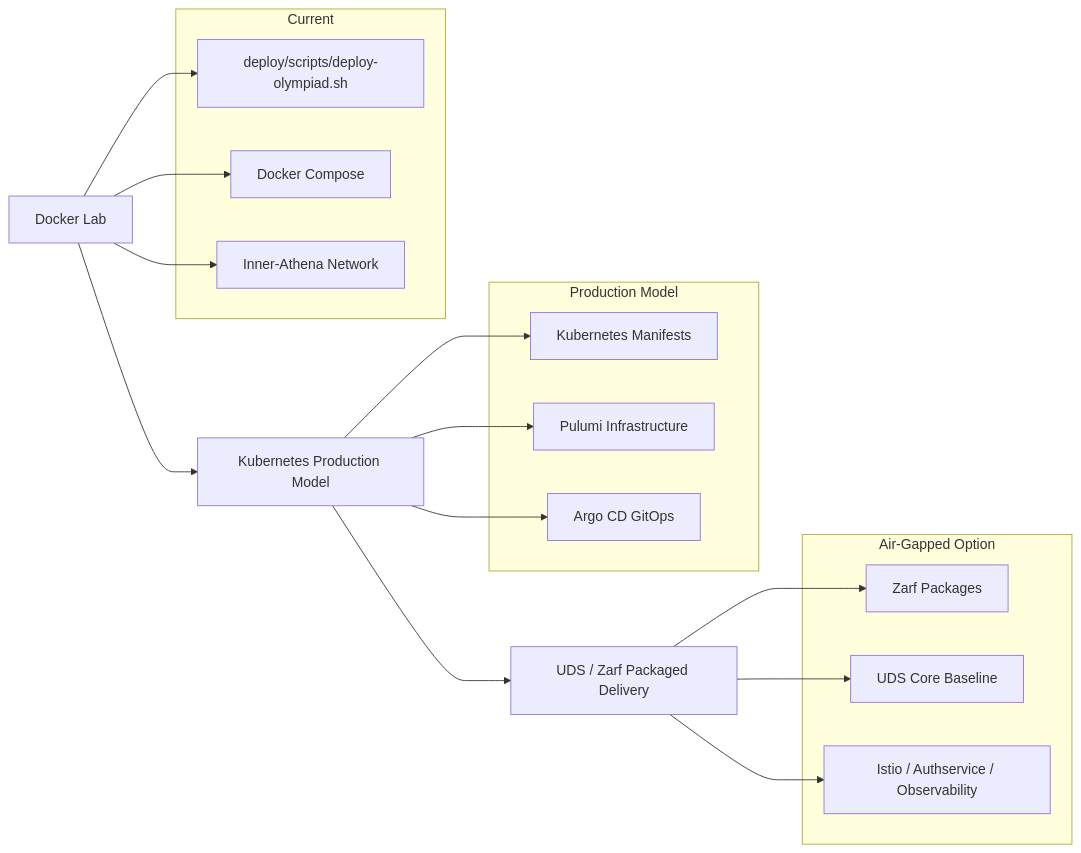
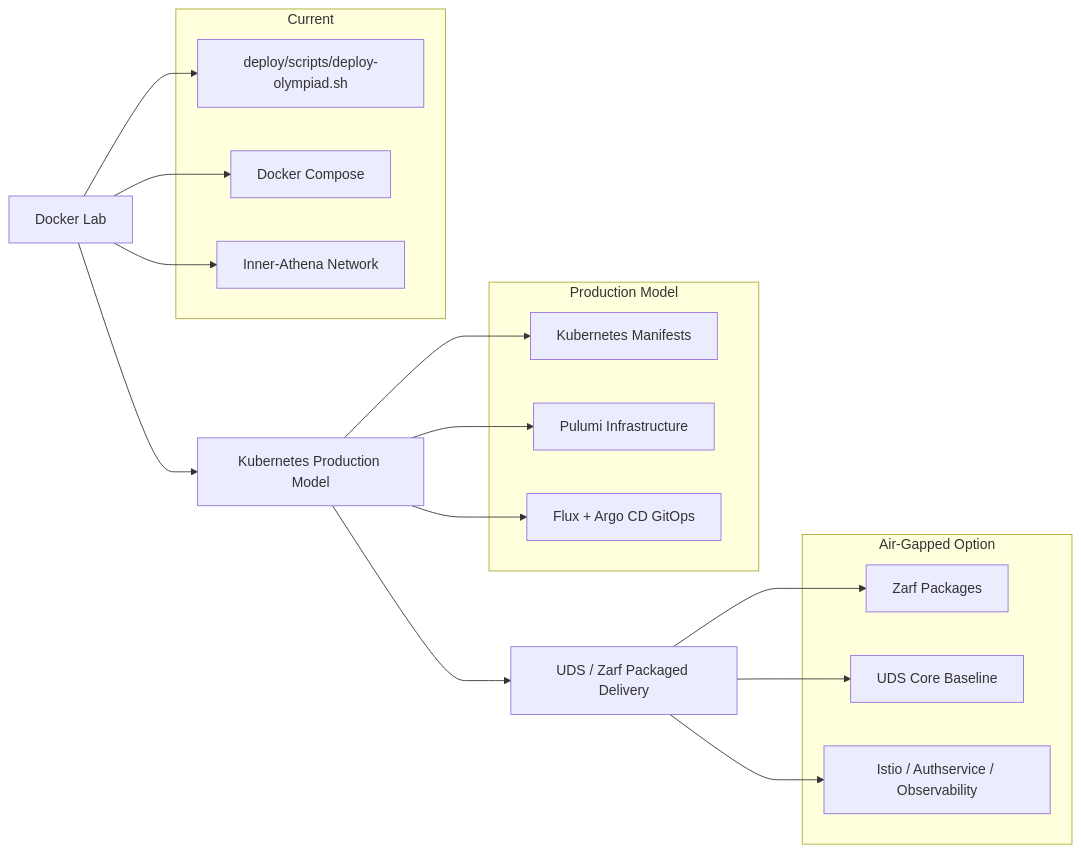
One commit to acald-creator/core-nexus changed the diagram in docs/architecture/01-component-architecture.md. Above: the diagram before and after it, drawn with Mermaid. The commit also changed other lines of this file and 22 other files, not shown here.

First line of the commit message:
docs: add ADRs 0002–0008 and align architecture with locked spine

````diff
--- a/docs/architecture/01-component-architecture.md
+++ b/docs/architecture/01-component-architecture.md
@@ -33,33 +33,33 @@
 ```mermaid
 graph LR
     A[Docker Lab] --> B[Kubernetes Production Model]
     B --> C[UDS / Zarf Packaged Delivery]
 
     subgraph "Current"
         A1[deploy/scripts/deploy-olympiad.sh]
         A2[Docker Compose]
         A3[Inner-Athena Network]
     end
 
     subgraph "Production Model"
         B1[Kubernetes Manifests]
         B2[Pulumi Infrastructure]
-        B3[Argo CD GitOps]
+        B3[Flux + Argo CD GitOps]
     end
 
     subgraph "Air-Gapped Option"
         C1[Zarf Packages]
         C2[UDS Core Baseline]
         C3[Istio / Authservice / Observability]
     end
 
     A --> A1
     A --> A2
     A --> A3
     B --> B1
     B --> B2
     B --> B3
     C --> C1
     C --> C2
     C --> C3
 ```
````
